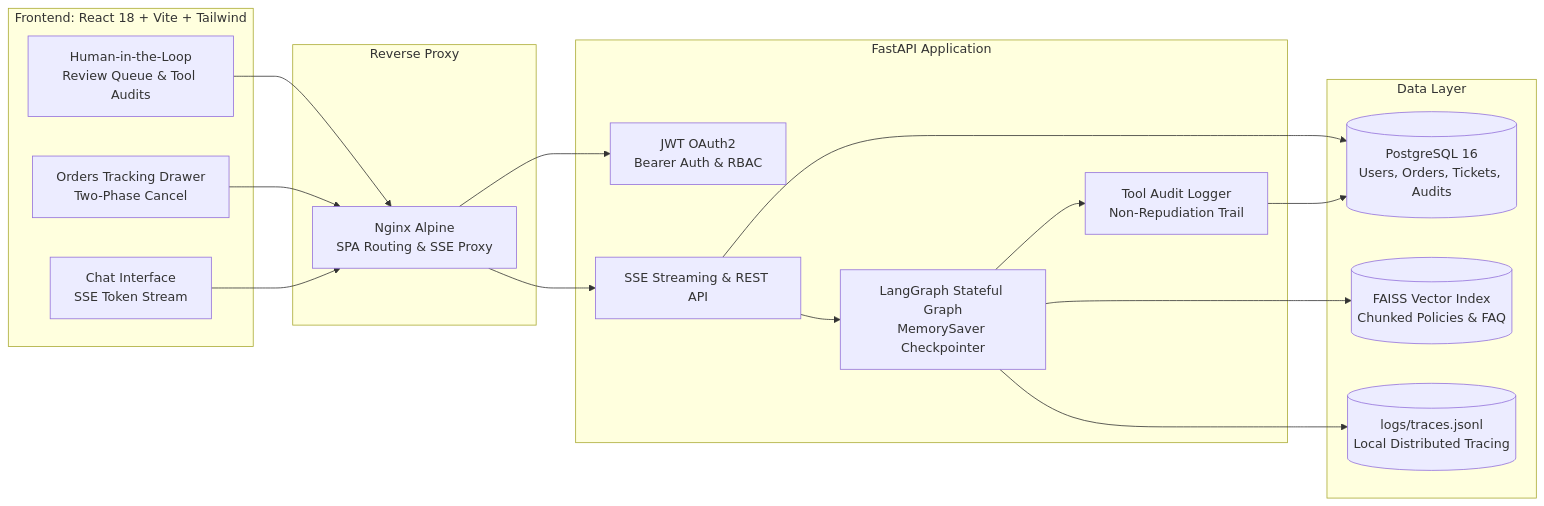
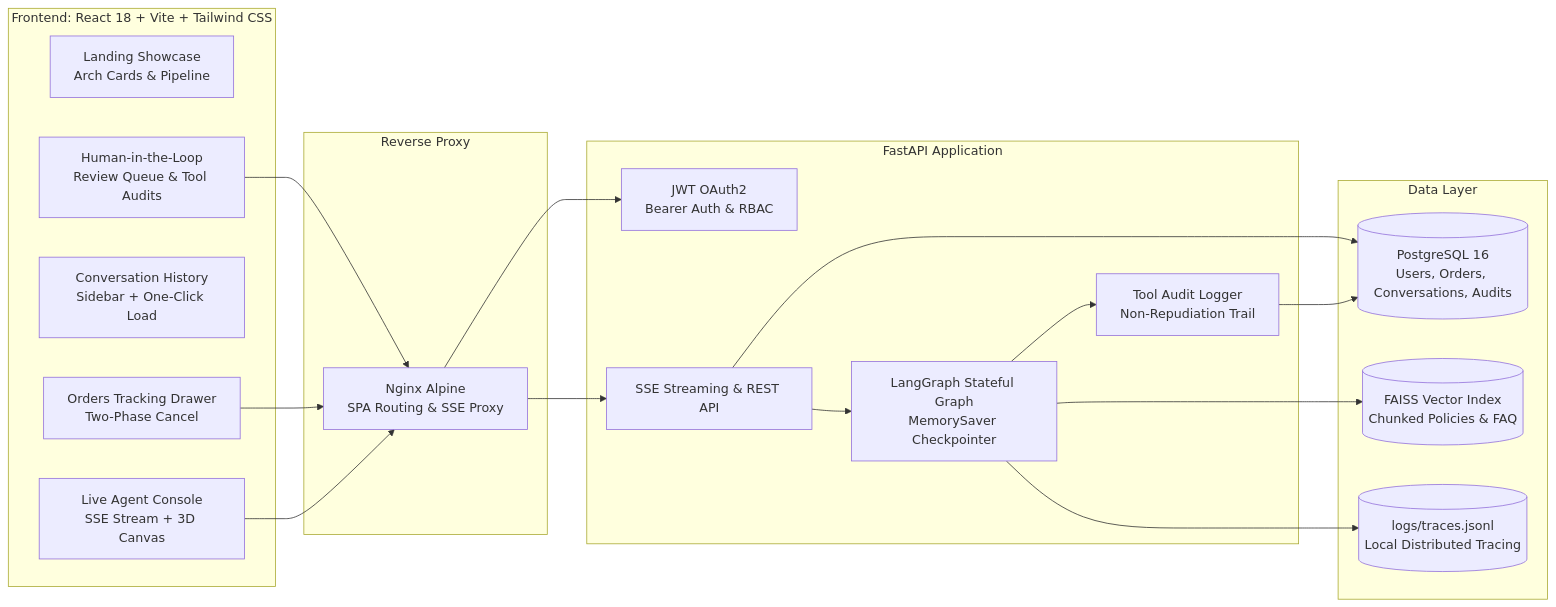
One commit to arkaprava99roy-stack/SupportFlowAI changed the second of 2 diagrams in README.md. Above: the diagram before and after it, drawn with Mermaid. The commit also changed other lines of this file and 13 other files, not shown here.

First line of the commit message:
feat: glassmorphic UI redesign + conversation history sidebar

````diff
--- a/README.md
+++ b/README.md
@@ -60,37 +117,39 @@
 ```mermaid
 flowchart LR
-    subgraph Frontend [Frontend: React 18 + Vite + Tailwind]
-        UI[Chat Interface\nSSE Token Stream]
+    subgraph Frontend ["Frontend: React 18 + Vite + Tailwind CSS"]
+        LandingPage[Landing Showcase\nArch Cards & Pipeline]
+        Console[Live Agent Console\nSSE Stream + 3D Canvas]
+        Sidebar[Conversation History\nSidebar + One-Click Load]
         OrdersDrawer[Orders Tracking Drawer\nTwo-Phase Cancel]
         AdminDashboard[Human-in-the-Loop\nReview Queue & Tool Audits]
     end
 
-    subgraph Gateway [Reverse Proxy]
+    subgraph Gateway ["Reverse Proxy"]
         Nginx[Nginx Alpine\nSPA Routing & SSE Proxy]
     end
 
-    subgraph Backend [FastAPI Application]
+    subgraph Backend ["FastAPI Application"]
         AuthJWT[JWT OAuth2\nBearer Auth & RBAC]
         ChatRouter[SSE Streaming & REST API]
         AgentEngine[LangGraph Stateful Graph\nMemorySaver Checkpointer]
         AuditEngine[Tool Audit Logger\nNon-Repudiation Trail]
     end
 
-    subgraph Storage [Data Layer]
-        Postgres[(PostgreSQL 16\nUsers, Orders, Tickets, Audits)]
+    subgraph Storage ["Data Layer"]
+        Postgres[(PostgreSQL 16\nUsers, Orders, Conversations, Audits)]
         FAISS[(FAISS Vector Index\nChunked Policies & FAQ)]
         Traces[(logs/traces.jsonl\nLocal Distributed Tracing)]
     end
 
-    UI --> Nginx
+    Console --> Nginx
     OrdersDrawer --> Nginx
     AdminDashboard --> Nginx
     Nginx --> AuthJWT
     Nginx --> ChatRouter
     ChatRouter --> AgentEngine
     AgentEngine --> AuditEngine
     AgentEngine --> FAISS
     AuditEngine --> Postgres
     ChatRouter --> Postgres
     AgentEngine --> Traces
 ```
````
